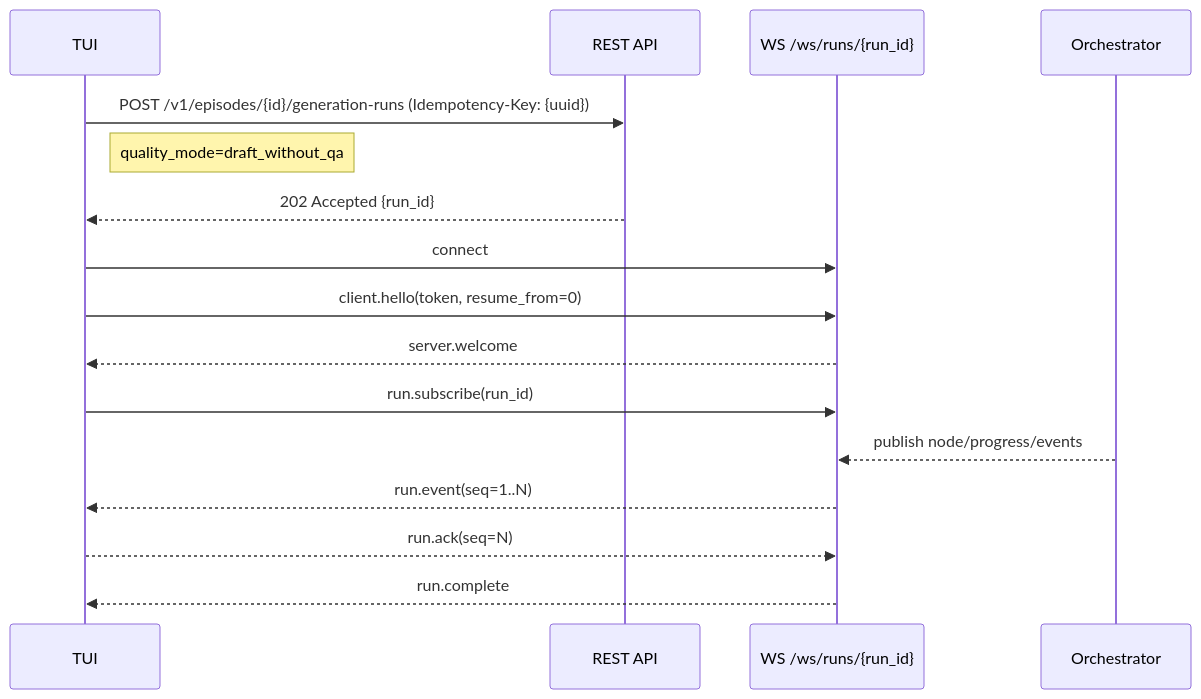
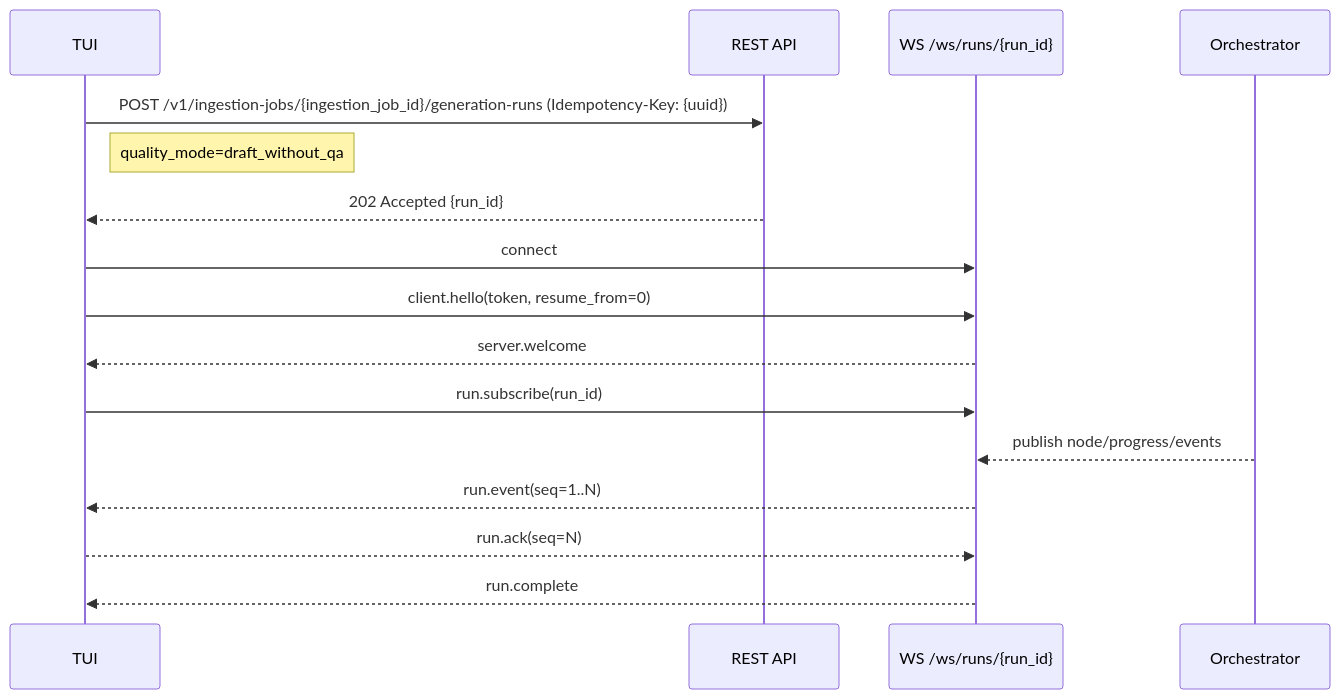
The first of 8 diagrams in docs/episodic-tui-api-design.md (leynos/episodic), drawn with Mermaid before and after one commit. The commit also changed other lines of this file and 124 other files, not shown here.

First line of the commit message:
No-QA generation runs and TEI-P5 retrieval (4.3.2) (#141)

````diff
--- a/docs/episodic-tui-api-design.md
+++ b/docs/episodic-tui-api-design.md
@@ -675,19 +677,19 @@
 ```mermaid
 sequenceDiagram
     participant TUI
     participant REST as REST API
     participant WS as WS /ws/runs/{run_id}
     participant Orchestrator
 
-    TUI->>REST: POST /v1/episodes/{id}/generation-runs (Idempotency-Key: {uuid})
+    TUI->>REST: POST /v1/ingestion-jobs/{ingestion_job_id}/generation-runs (Idempotency-Key: {uuid})
     Note right of TUI: quality_mode=draft_without_qa
     REST-->>TUI: 202 Accepted {run_id}
     TUI->>WS: connect
     TUI->>WS: client.hello(token, resume_from=0)
     WS-->>TUI: server.welcome
     TUI->>WS: run.subscribe(run_id)
     Orchestrator-->>WS: publish node/progress/events
     WS-->>TUI: run.event(seq=1..N)
     TUI-->>WS: run.ack(seq=N)
     WS-->>TUI: run.complete
 ```
````
